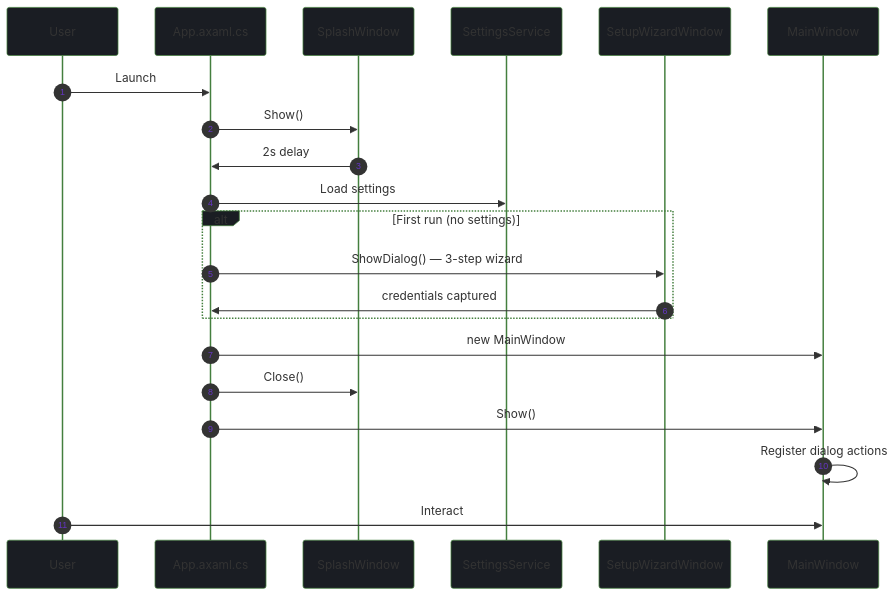
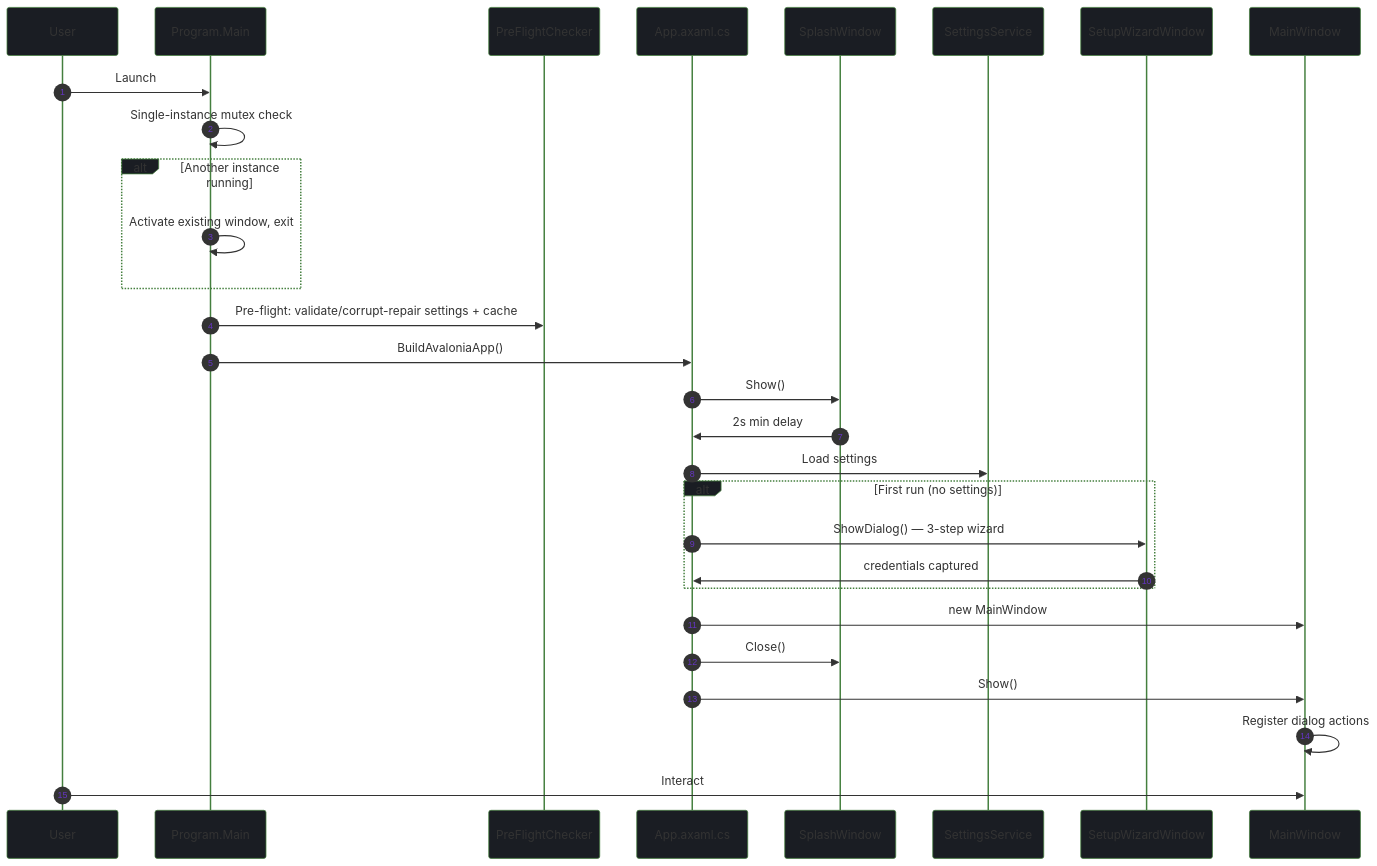
The third of 5 diagrams in docs/architecture.md (marcelofrau/xb-homebrew-vault), drawn with Mermaid before and after one commit. The commit also changed other lines of this file and 31 other files, not shown here.

````diff
--- a/docs/architecture.md
+++ b/docs/architecture.md
@@ -170,25 +176,33 @@
 ```mermaid
 %%{init: {'theme': 'base', 'themeVariables': { 'primaryColor': '#1A1D23', 'primaryBorderColor': '#447F3E', 'lineColor': '#9ACA3C', 'secondBkgColor': '#2A2D33', 'tertiaryColor': '#447F3E'}}}%%
 sequenceDiagram
     autonumber
     participant User
+    participant Main as Program.Main
+    participant PF as PreFlightChecker
     participant App as App.axaml.cs
     participant Splash as SplashWindow
     participant SSvc as SettingsService
     participant Setup as SetupWizardWindow
-    participant Main as MainWindow
+    participant MainW as MainWindow
 
-    User->>App: Launch
+    User->>Main: Launch
+    Main->>Main: Single-instance mutex check
+    alt Another instance running
+        Main->>Main: Activate existing window, exit
+    end
+    Main->>PF: Pre-flight: validate/corrupt-repair settings + cache
+    Main->>App: BuildAvaloniaApp()
     App->>Splash: Show()
-    Splash->>App: 2s delay
+    Splash->>App: 2s min delay
     App->>SSvc: Load settings
     alt First run (no settings)
         App->>Setup: ShowDialog() — 3-step wizard
         Setup->>App: credentials captured
     end
-    App->>Main: new MainWindow
+    App->>MainW: new MainWindow
     App->>Splash: Close()
-    App->>Main: Show()
-    Main->>Main: Register dialog actions
-    User->>Main: Interact
+    App->>MainW: Show()
+    MainW->>MainW: Register dialog actions
+    User->>MainW: Interact
 ```
````
